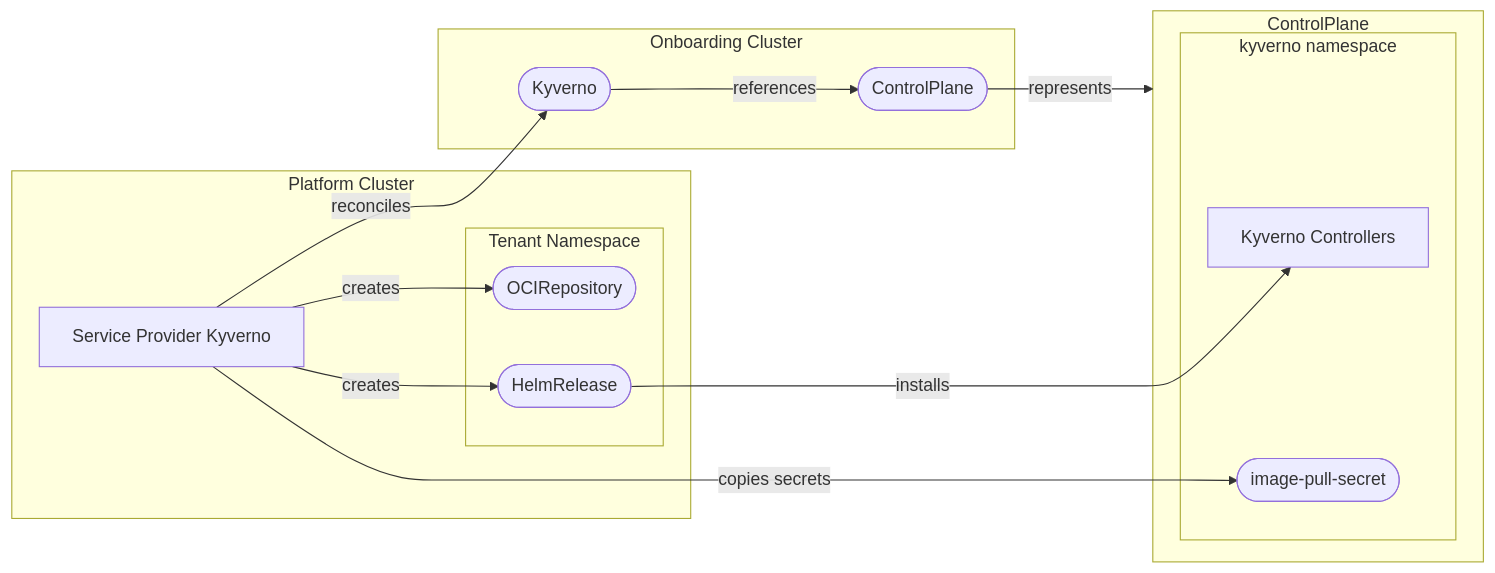
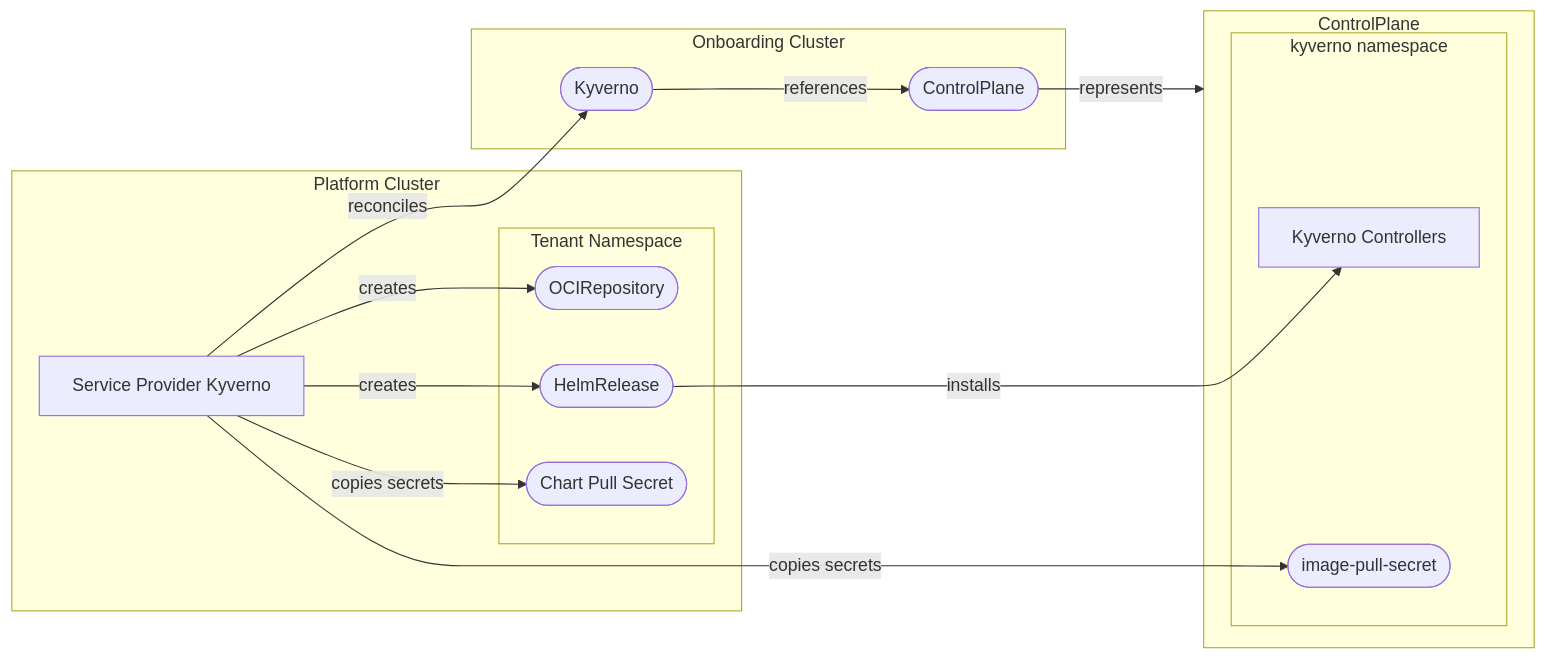
Before and after one commit to openmcp-project/service-provider-kyverno: the diagram in README.md, drawn with Mermaid. The commit also changed other lines of this file and 16 other files, not shown here.

````diff
--- a/README.md
+++ b/README.md
@@ -17,32 +17,33 @@
 ```mermaid
 flowchart LR
 
   subgraph PC[Platform Cluster]
     spkyverno[Service Provider Kyverno]
     subgraph TN[Tenant Namespace]
       ocirepo([OCIRepository])
       helmrel([HelmRelease])
+      chartpullsecret([Chart Pull Secret])
     end
   end
 
   subgraph OC[Onboarding Cluster]
     kyvernoapi([Kyverno])
-    mcpapi([ControlPlane])
-
-    kyvernoapi -- references --> mcpapi
+    cpapi([ControlPlane])
+    kyvernoapi -- references --> cpapi
   end
 
-  subgraph mcp[ControlPlane]
+  subgraph cp[ControlPlane]
     subgraph KS[kyverno namespace]
       kyvernoctrl[Kyverno Controllers]
       pullsecret([image-pull-secret])
     end
   end
 
   spkyverno -- reconciles --> kyvernoapi
   spkyverno -- creates --> ocirepo
   spkyverno -- creates --> helmrel
   helmrel -- installs --> kyvernoctrl
   spkyverno -- copies secrets --> pullsecret
-  mcpapi -- represents --> mcp
+  spkyverno -- copies secrets --> chartpullsecret
+  cpapi -- represents --> cp
 ```
````
